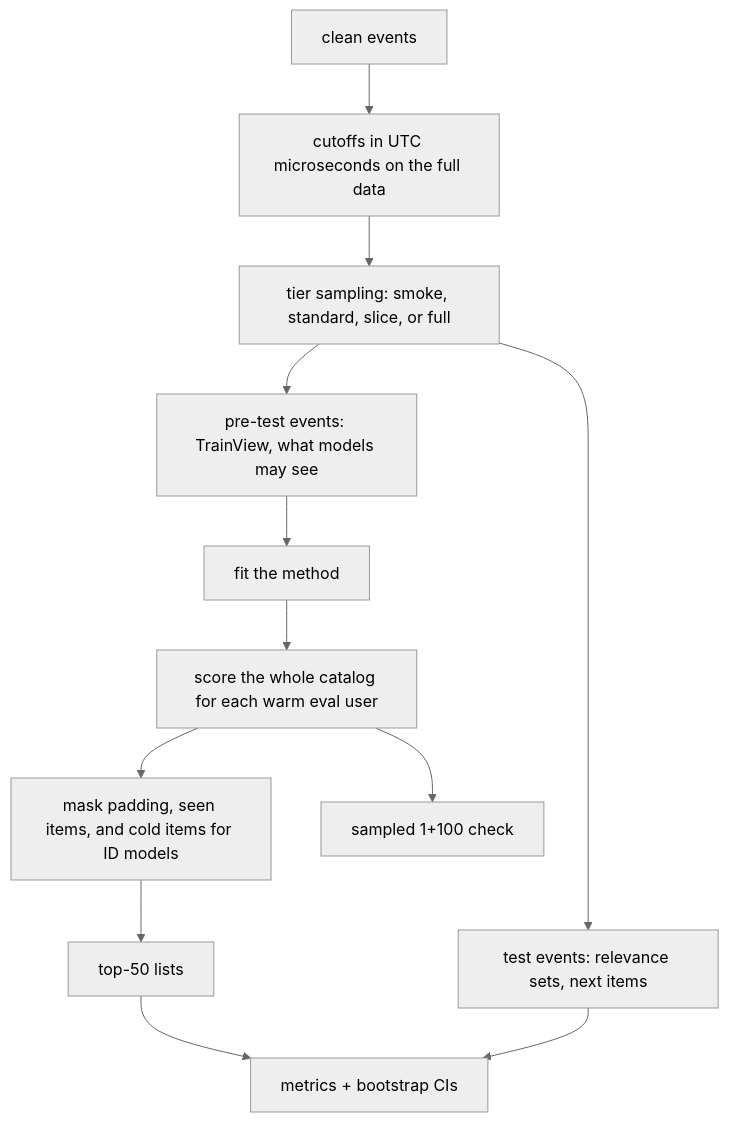
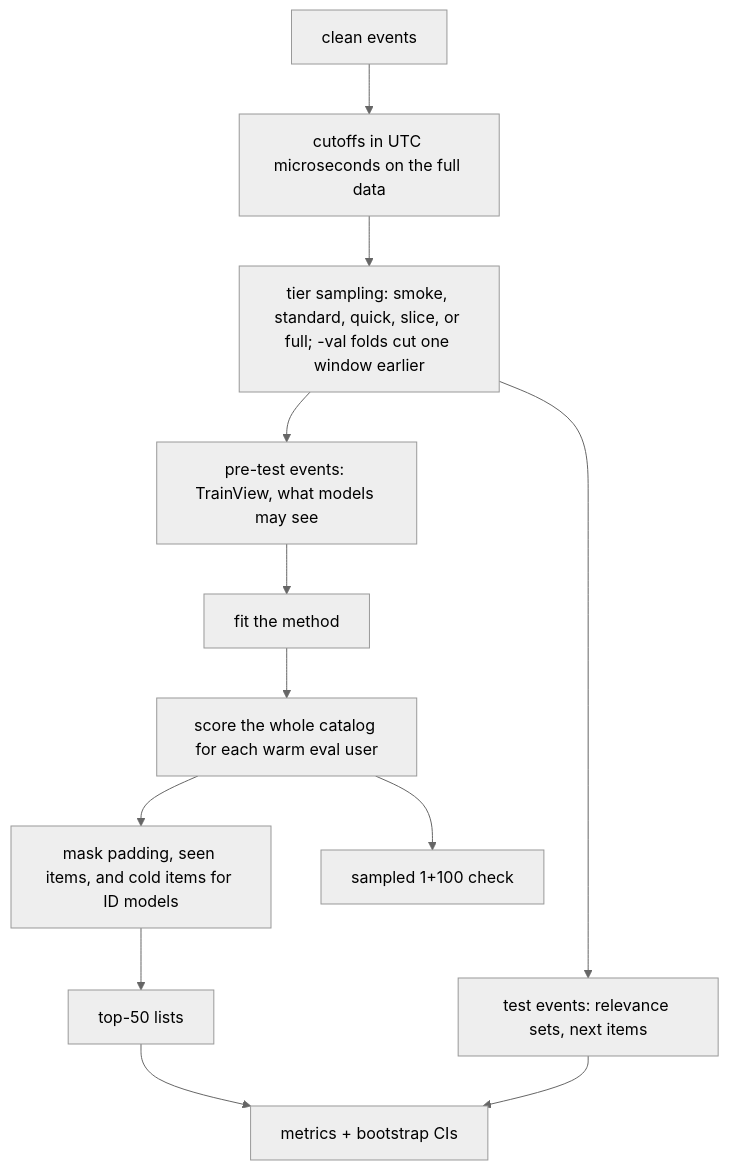
The diagram in docs/dictionary/concepts/evaluation-protocols.md (trunghieu11/recbench), drawn with Mermaid (neutral theme) before and after one commit. The commit also changed other lines of this file and 97 other files, not shown here.

````diff
--- a/docs/dictionary/concepts/evaluation-protocols.md
+++ b/docs/dictionary/concepts/evaluation-protocols.md
@@ -49,14 +49,14 @@
 ```mermaid
 flowchart TD
     A[clean events] --> B[cutoffs in UTC microseconds on the full data]
-    B --> C[tier sampling: smoke, standard, slice, or full]
+    B --> C[tier sampling: smoke, standard, quick, slice, or full; -val folds cut one window earlier]
     C --> D[pre-test events: TrainView, what models may see]
     C --> E[test events: relevance sets, next items]
     D --> F[fit the method]
     F --> G[score the whole catalog for each warm eval user]
     G --> H[mask padding, seen items, and cold items for ID models]
     H --> I[top-50 lists]
     I --> J[metrics + bootstrap CIs]
     E --> J
     G --> K[sampled 1+100 check]
 ```
````
